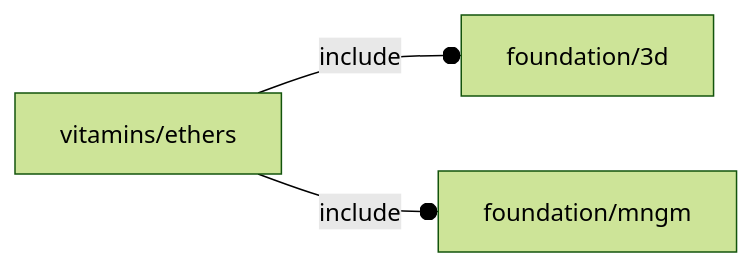
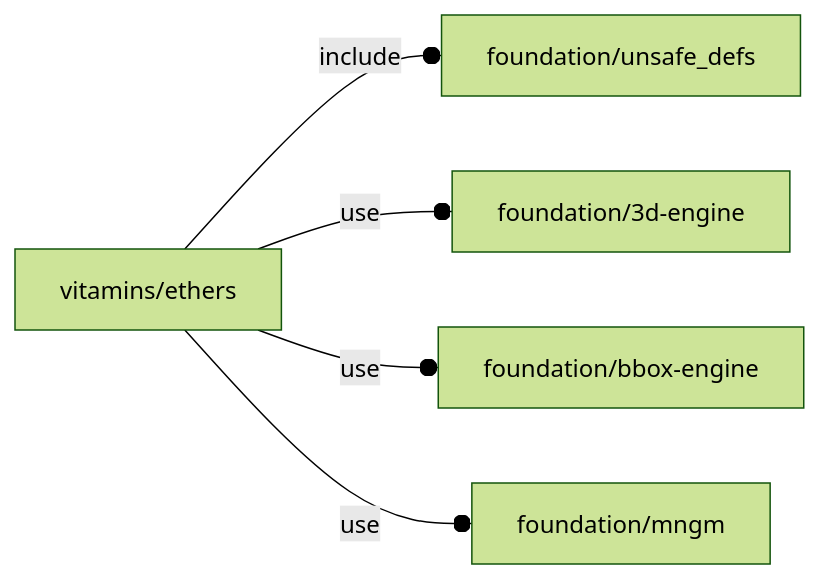
One commit to ggabbiani/OFL changed the diagram in orthodocs/vitamins/ethers.md. Above: the diagram before and after it, drawn with Mermaid (forest theme). The commit also changed other lines of this file and 74 other files, not shown here.

````diff
--- a/orthodocs/vitamins/ethers.md
+++ b/orthodocs/vitamins/ethers.md
@@ -5,5 +5,7 @@
 ```mermaid
 graph LR
-    A1[vitamins/ethers] --o|include| A2[foundation/3d]
-    A1 --o|include| A3[foundation/mngm]
+    A1[vitamins/ethers] --o|include| A2[foundation/unsafe_defs]
+    A1 --o|use| A3[foundation/3d-engine]
+    A1 --o|use| A4[foundation/bbox-engine]
+    A1 --o|use| A5[foundation/mngm]
 ```
````
